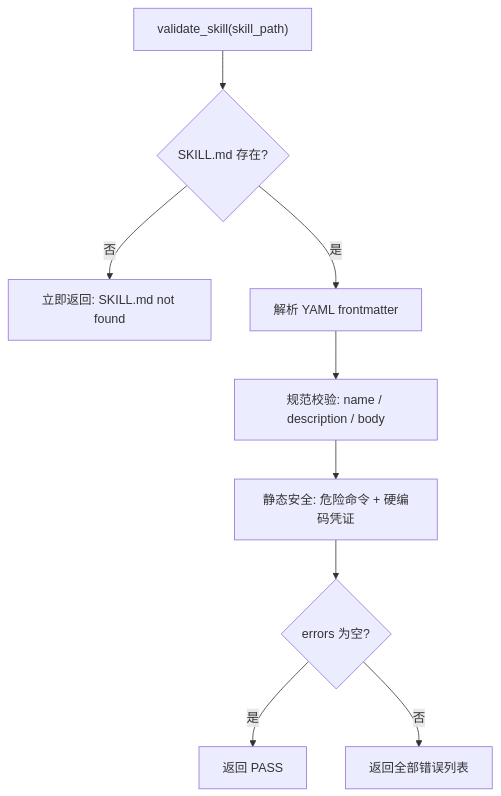
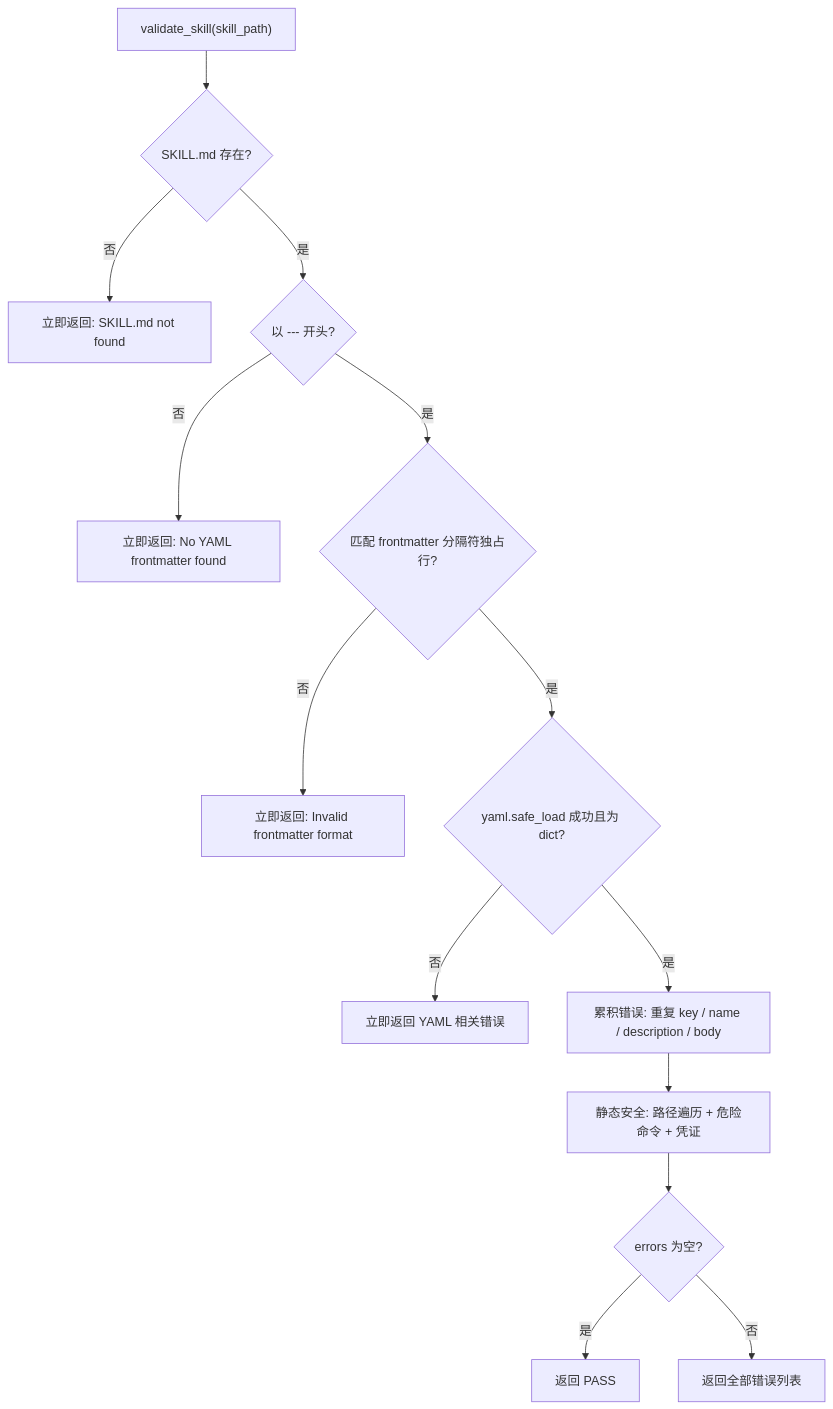
Before and after one commit to openJiuwen-ai/jiuwenclaw: the diagram in jiuwenclaw/agentserver/skilldev_agent/docs/design/skill-validate-rules-design.md, drawn with Mermaid. The commit also changed other lines of this file and 4 other files, not shown here.

````diff
--- a/jiuwenclaw/agentserver/skilldev_agent/docs/design/skill-validate-rules-design.md
+++ b/jiuwenclaw/agentserver/skilldev_agent/docs/design/skill-validate-rules-design.md
@@ -28,11 +51,16 @@
 ```mermaid
 flowchart TD
   start["validate_skill(skill_path)"] --> exists{"SKILL.md 存在?"}
   exists -->|否| failEarly["立即返回: SKILL.md not found"]
-  exists -->|是| fm["解析 YAML frontmatter"]
-  fm --> spec["规范校验: name / description / body"]
-  spec --> sec["静态安全: 危险命令 + 硬编码凭证"]
+  exists -->|是| fmStart{"以 --- 开头?"}
+  fmStart -->|否| failFM1["立即返回: No YAML frontmatter found"]
+  fmStart -->|是| fmEnd{"匹配 frontmatter 分隔符独占行?"}
+  fmEnd -->|否| failFM2["立即返回: Invalid frontmatter format"]
+  fmEnd -->|是| yaml{"yaml.safe_load 成功且为 dict?"}
+  yaml -->|否| failYAML["立即返回 YAML 相关错误"]
+  yaml -->|是| collect["累积错误: 重复 key / name / description / body"]
+  collect --> sec["静态安全: 路径遍历 + 危险命令 + 凭证"]
   sec --> result{"errors 为空?"}
   result -->|是| pass["返回 PASS"]
   result -->|否| fail["返回全部错误列表"]
 ```
````
